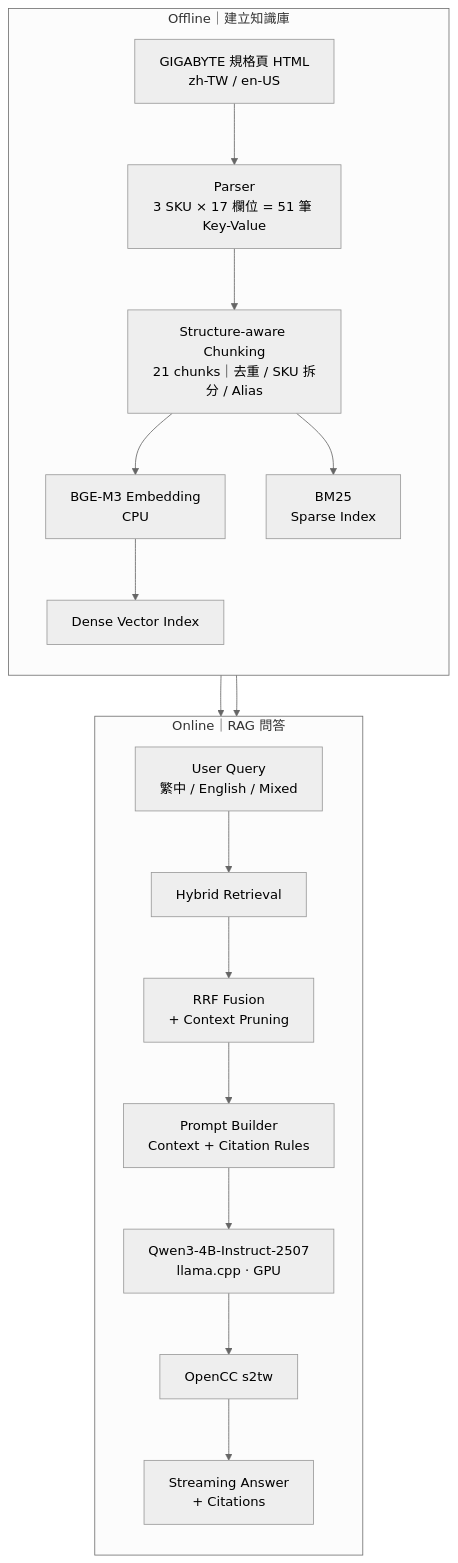
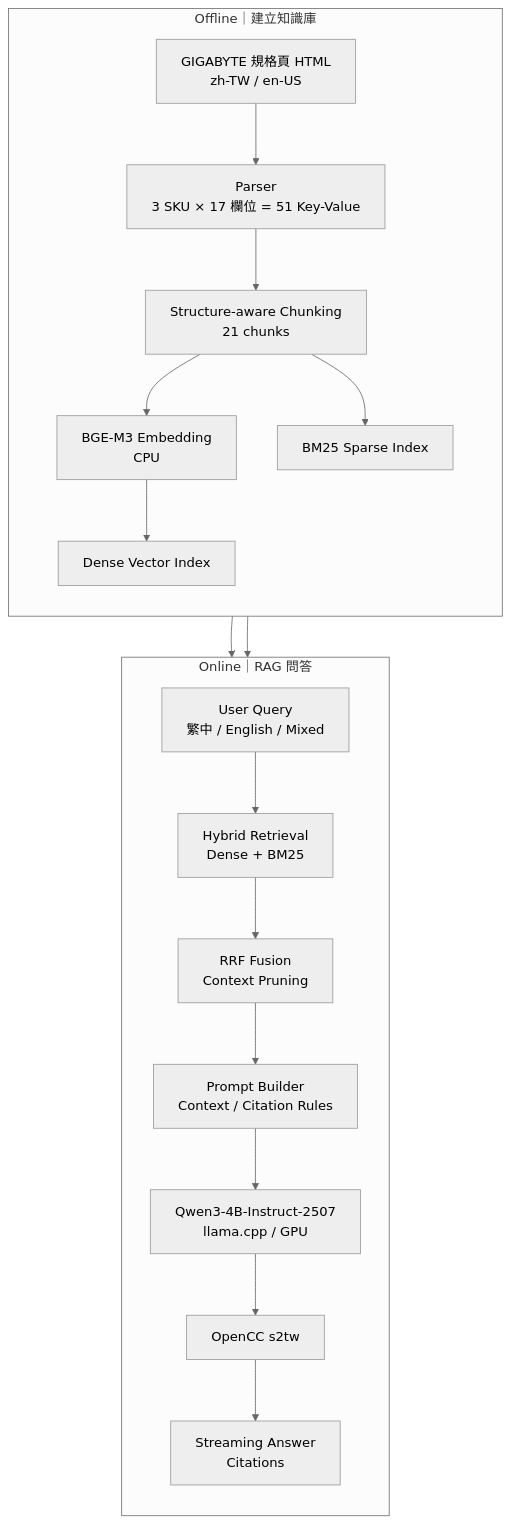
The diagram in README.md (112306060/gigabyte-rag-system), drawn with Mermaid (neutral theme) before and after one commit.

Commit message:
README: place Online below Offline so both indexes merge into retrieval
- invisible links put User Query under the two indexes (vertical merge)
- wrappingWidth 400 so labels are not split mid-name
- labels unified as "component / attribute"

````diff
--- a/README.md
+++ b/README.md
@@ -67,24 +67,27 @@
 ```mermaid
+%%{init: {"flowchart": {"wrappingWidth": 400}}}%%
 flowchart TB
     subgraph OFF["Offline｜建立知識庫"]
         direction TB
-        H["GIGABYTE 規格頁 HTML<br/>zh-TW / en-US"] --> P["Parser<br/>3 SKU × 17 欄位 = 51 筆 Key-Value"]
-        P --> C["Structure-aware Chunking<br/>21 chunks｜去重 / SKU 拆分 / Alias"]
+        H["GIGABYTE 規格頁 HTML<br/>zh-TW / en-US"] --> P["Parser<br/>3 SKU × 17 欄位 = 51 Key-Value"]
+        P --> C["Structure-aware Chunking<br/>21 chunks"]
         C --> E["BGE-M3 Embedding<br/>CPU"]
-        C --> S["BM25<br/>Sparse Index"]
+        C --> S["BM25 Sparse Index"]
         E --> V["Dense Vector Index"]
     end
 
     subgraph ON["Online｜RAG 問答"]
         direction TB
-        Q["User Query<br/>繁中 / English / Mixed"] --> HR["Hybrid Retrieval"]
-        HR --> RRF["RRF Fusion<br/>+ Context Pruning"]
-        RRF --> PB["Prompt Builder<br/>Context + Citation Rules"]
-        PB --> LLM["Qwen3-4B-Instruct-2507<br/>llama.cpp · GPU"]
+        Q["User Query<br/>繁中 / English / Mixed"] --> HR["Hybrid Retrieval<br/>Dense + BM25"]
+        HR --> RRF["RRF Fusion<br/>Context Pruning"]
+        RRF --> PB["Prompt Builder<br/>Context / Citation Rules"]
+        PB --> LLM["Qwen3-4B-Instruct-2507<br/>llama.cpp / GPU"]
         LLM --> CC["OpenCC s2tw"]
-        CC --> A["Streaming Answer<br/>+ Citations"]
+        CC --> A["Streaming Answer<br/>Citations"]
     end
 
     V --> HR
     S --> HR
+    V ~~~ Q
+    S ~~~ Q
 ```
````
